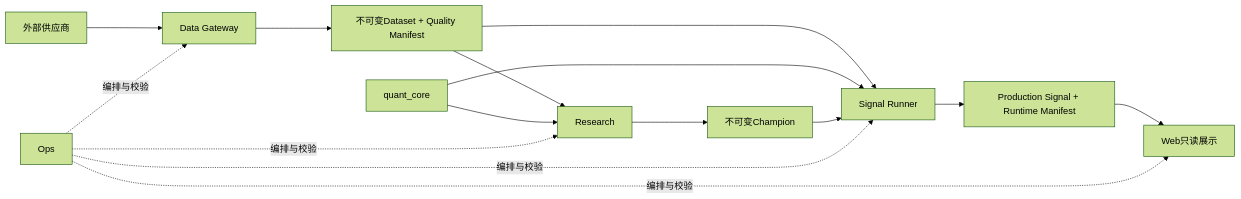
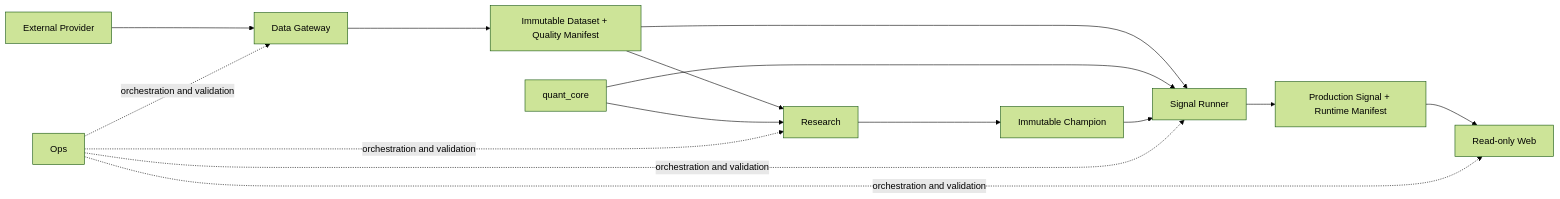
Before and after one commit to wuchengze003-cloud/ashare-pilot-next: the diagram in docs/architecture/README.md, drawn with Mermaid (forest theme). The commit also changed other lines of this file and 28 other files, not shown here.

````diff
--- a/docs/architecture/README.md
+++ b/docs/architecture/README.md
@@ -18,17 +20,17 @@
 ```mermaid
 flowchart LR
-  provider["外部供应商"] --> gateway["Data Gateway"]
-  gateway --> dataset["不可变Dataset + Quality Manifest"]
+  provider["External Provider"] --> gateway["Data Gateway"]
+  gateway --> dataset["Immutable Dataset + Quality Manifest"]
   dataset --> research["Research"]
   dataset --> runner["Signal Runner"]
   core["quant_core"] --> research
   core --> runner
-  research --> champion["不可变Champion"]
+  research --> champion["Immutable Champion"]
   champion --> runner
   runner --> signal["Production Signal + Runtime Manifest"]
-  signal --> web["Web只读展示"]
-  ops["Ops"] -.编排与校验.-> gateway
-  ops -.编排与校验.-> research
-  ops -.编排与校验.-> runner
-  ops -.编排与校验.-> web
+  signal --> web["Read-only Web"]
+  ops["Ops"] -.orchestration and validation.-> gateway
+  ops -.orchestration and validation.-> research
+  ops -.orchestration and validation.-> runner
+  ops -.orchestration and validation.-> web
 ```
````
